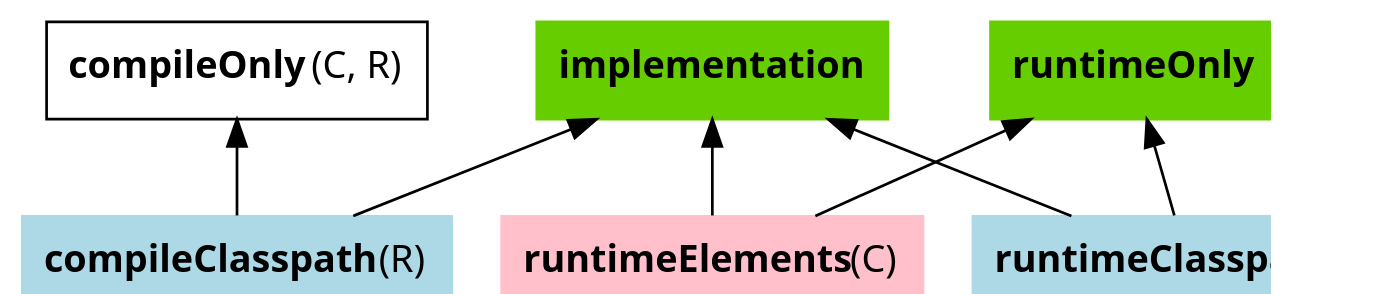
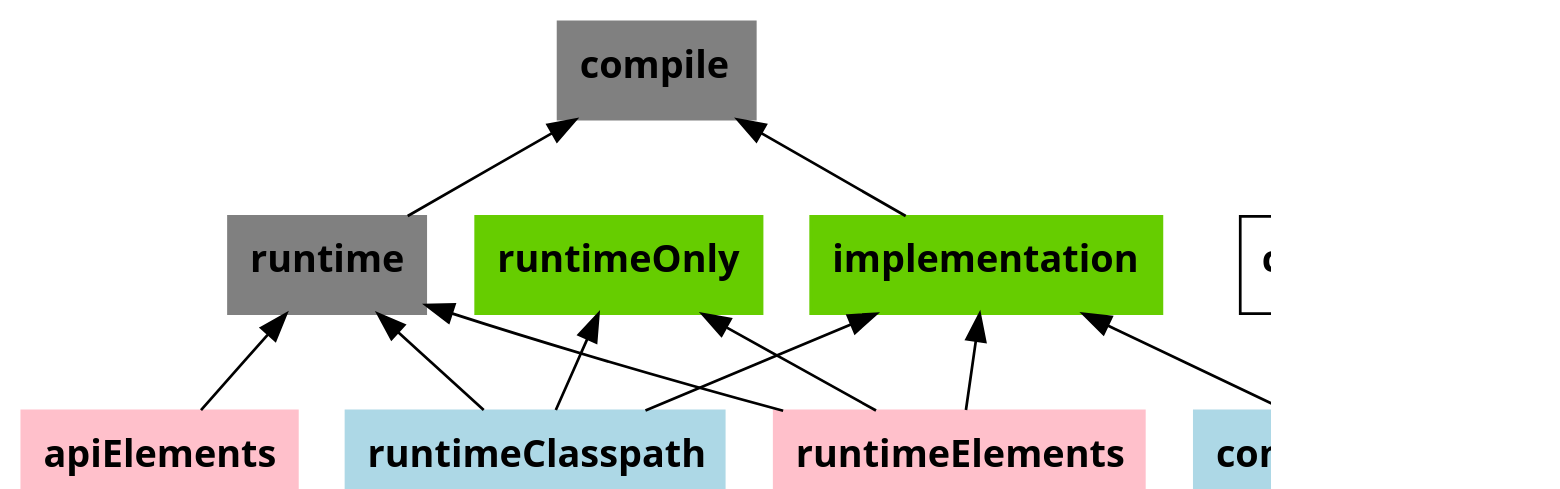
Before and after one commit to gradle/gradle: the diagram in subprojects/docs/src/docs/userguide/img/java-configurations.dot, drawn with Graphviz. The commit also changed 1 other file, not shown here.

Commit message:
Make the java-configurations diagram accurate
Specifically, this change:
    1. Removes the context free (C, R) notations
    2. Adds in `apiElements`, `compile` and `runtime` for more clarity
       on what's changed.

```diff
--- a/subprojects/docs/src/docs/userguide/img/java-configurations.dot
+++ b/subprojects/docs/src/docs/userguide/img/java-configurations.dot
@@ -1,21 +1,35 @@
 digraph configurations {
     rankdir = BT;
    graph [ dpi = 100, fontname="Sans"];
    node [fontname = "Sans"];
    edge [fontname = "Sans"];
 
-   "compileClasspath" [shape="box", label=<<B>compileClasspath</B>(R)>, color="lightblue", bgcolor="lightblue", style="filled"]
+   "compile" [shape="box", label=<<B>compile</B>>, color="grey", bgcolor="grey", style="filled"]
+   "runtime" [shape="box", label=<<B>runtime</B>>, color="grey", bgcolor="grey", style="filled"]
+   "runtime" -> "compile"
+
+   "apiElements" [shape="box", label=<<B>apiElements</B>>, color="pink", bgcolor="pink", style="filled"]
+   "apiElements" -> "runtime"
+
+   "compileOnly" [shape="box", label=<<B>compileOnly</B>>, ]
+
+   "compileClasspath" [shape="box", label=<<B>compileClasspath</B>>, color="lightblue", bgcolor="lightblue", style="filled"]
    "compileClasspath" -> "compileOnly"
-   "compileOnly" [shape="box", label=<<B>compileOnly</B>(C, R)>, ]
    "compileClasspath" -> "implementation"
+
    "implementation" [shape="box", label=<<B>implementation</B>>, color="chartreuse3", bgcolor="chartreuse3", style="filled"]
+   "implementation" -> "compile"
 
-   "runtimeClasspath" [shape="box", label=<<B>runtimeClasspath</B>(R)>, color="lightblue", bgcolor="lightblue", style="filled"]
+   "runtimeOnly" [shape="box", label=<<B>runtimeOnly</B>>, color="chartreuse3", bgcolor="chartreuse3", style="filled"]
+
+   "runtimeClasspath" [shape="box", label=<<B>runtimeClasspath</B>>, color="lightblue", bgcolor="lightblue", style="filled"]
    "runtimeClasspath" -> "runtimeOnly"
-   "runtimeOnly" [shape="box", label=<<B>runtimeOnly</B>>, color="chartreuse3", bgcolor="chartreuse3", style="filled"]
    "runtimeClasspath" -> "implementation"
-   "runtimeElements" [shape="box", label=<<B>runtimeElements</B>(C)>, color="pink", bgcolor="pink", style="filled"]
+   "runtimeClasspath" -> "runtime"
+
+   "runtimeElements" [shape="box", label=<<B>runtimeElements</B>>, color="pink", bgcolor="pink", style="filled"]
    "runtimeElements" -> "implementation"
    "runtimeElements" -> "runtimeOnly"
+   "runtimeElements" -> "runtime"
 
 }
```
